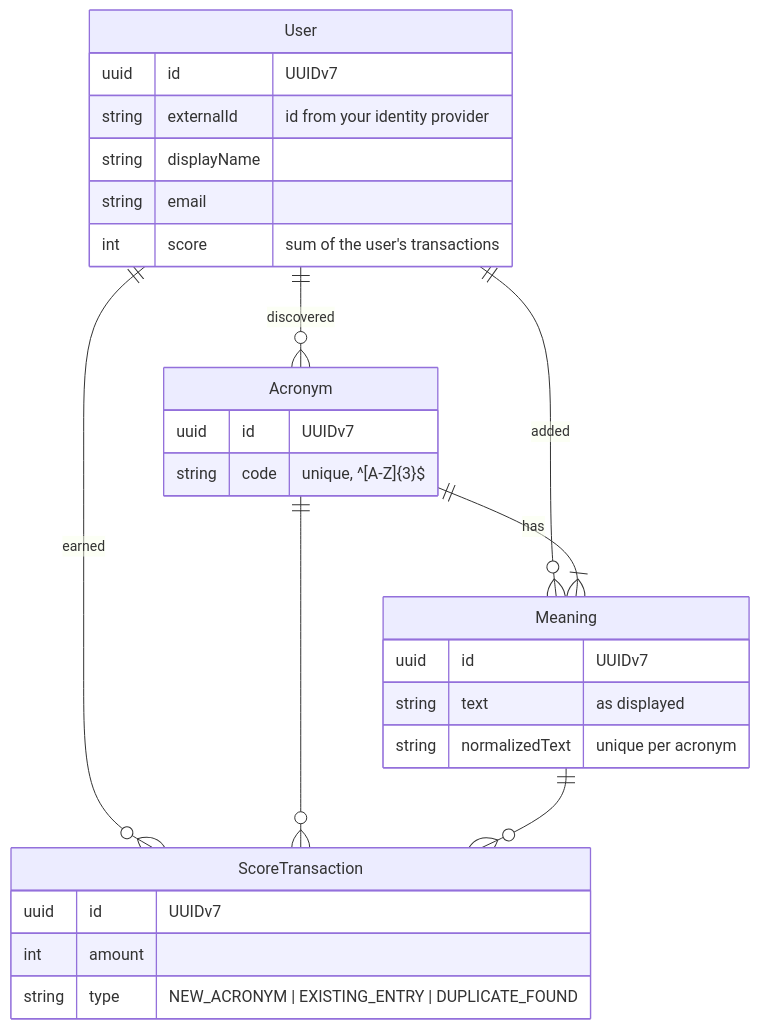
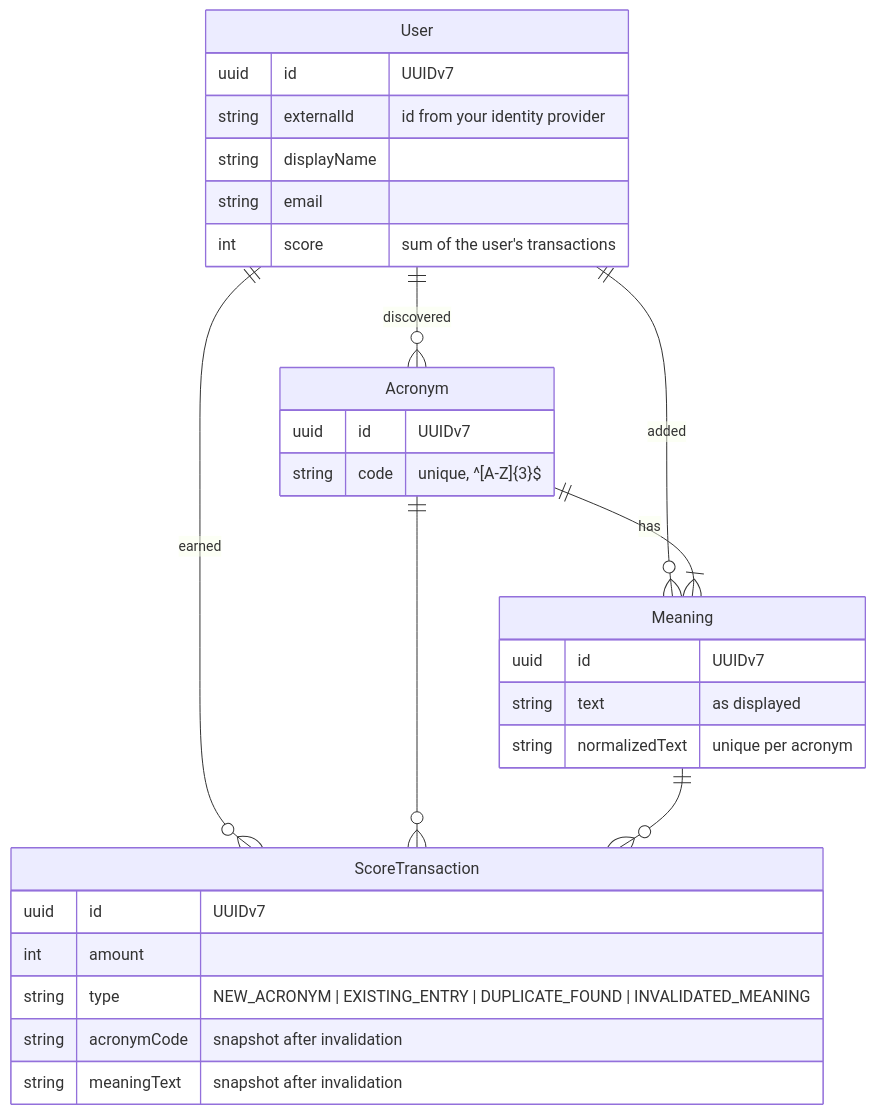
One commit to FelixGaebler/17576 changed the first of 3 diagrams in README.md. Above: the diagram before and after it, drawn with Mermaid. The commit also changed other lines of this file and 30 other files, not shown here.

````diff
--- a/README.md
+++ b/README.md
@@ -214,31 +218,33 @@
 ```mermaid
 erDiagram
     User ||--o{ Acronym : "discovered"
     User ||--o{ Meaning : "added"
     User ||--o{ ScoreTransaction : "earned"
     Acronym ||--|{ Meaning : "has"
     Acronym ||--o{ ScoreTransaction : ""
     Meaning ||--o{ ScoreTransaction : ""
 
     User {
         uuid id "UUIDv7"
         string externalId "id from your identity provider"
         string displayName
         string email
         int score "sum of the user's transactions"
     }
     Acronym {
         uuid id "UUIDv7"
         string code "unique, ^[A-Z]{3}$"
     }
     Meaning {
         uuid id "UUIDv7"
         string text "as displayed"
         string normalizedText "unique per acronym"
     }
     ScoreTransaction {
         uuid id "UUIDv7"
         int amount
-        string type "NEW_ACRONYM | EXISTING_ENTRY | DUPLICATE_FOUND"
+        string type "NEW_ACRONYM | EXISTING_ENTRY | DUPLICATE_FOUND | INVALIDATED_MEANING"
+        string acronymCode "snapshot after invalidation"
+        string meaningText "snapshot after invalidation"
     }
 ```
````
